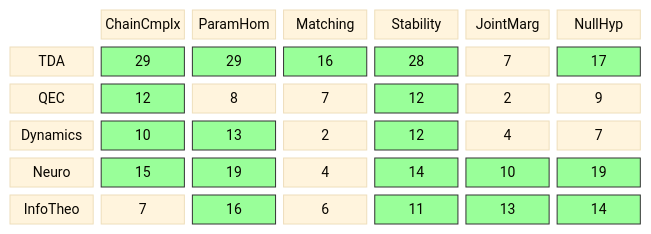
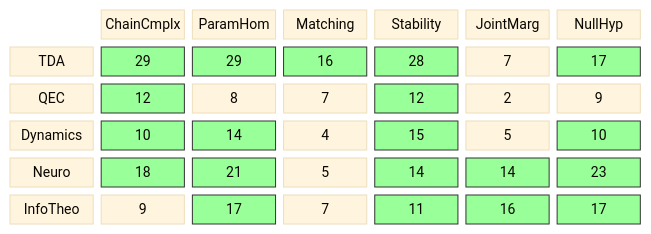
The diagram in diagrams/coverage-matrix.md (musicofhel/topoyolo), drawn with Mermaid before and after one commit. The commit also changed other lines of this file and 3 other files, not shown here.

````diff
--- a/diagrams/coverage-matrix.md
+++ b/diagrams/coverage-matrix.md
@@ -21,32 +21,33 @@
 ```mermaid
 %%{init: {'theme': 'base', 'themeVariables': {'fontSize': '14px'}}}%%
 block-beta
   columns 7
 
   space:1 CC["ChainCmplx"] PH["ParamHom"] MA["Matching"] ST["Stability"] JM["JointMarg"] NH["NullHyp"]
 
   TDA["TDA"] TDA_CC["29"] TDA_PH["29"] TDA_MA["16"] TDA_ST["28"] TDA_JM["7"] TDA_NH["17"]
   QEC["QEC"] QEC_CC["12"] QEC_PH["8"] QEC_MA["7"] QEC_ST["12"] QEC_JM["2"] QEC_NH["9"]
-  DYN["Dynamics"] DYN_CC["10"] DYN_PH["13"] DYN_MA["2"] DYN_ST["12"] DYN_JM["4"] DYN_NH["7"]
-  NEU["Neuro"] NEU_CC["15"] NEU_PH["19"] NEU_MA["4"] NEU_ST["14"] NEU_JM["10"] NEU_NH["19"]
-  IT["InfoTheo"] IT_CC["7"] IT_PH["16"] IT_MA["6"] IT_ST["11"] IT_JM["13"] IT_NH["14"]
+  DYN["Dynamics"] DYN_CC["10"] DYN_PH["14"] DYN_MA["4"] DYN_ST["15"] DYN_JM["5"] DYN_NH["10"]
+  NEU["Neuro"] NEU_CC["18"] NEU_PH["21"] NEU_MA["5"] NEU_ST["14"] NEU_JM["14"] NEU_NH["23"]
+  IT["InfoTheo"] IT_CC["9"] IT_PH["17"] IT_MA["7"] IT_ST["11"] IT_JM["16"] IT_NH["17"]
   style TDA_CC fill:#9f9,stroke:#333
   style TDA_PH fill:#9f9,stroke:#333
   style TDA_MA fill:#9f9,stroke:#333
   style TDA_ST fill:#9f9,stroke:#333
   style TDA_NH fill:#9f9,stroke:#333
   style QEC_CC fill:#9f9,stroke:#333
   style QEC_ST fill:#9f9,stroke:#333
   style DYN_CC fill:#9f9,stroke:#333
   style DYN_PH fill:#9f9,stroke:#333
   style DYN_ST fill:#9f9,stroke:#333
+  style DYN_NH fill:#9f9,stroke:#333
   style NEU_CC fill:#9f9,stroke:#333
   style NEU_PH fill:#9f9,stroke:#333
   style NEU_ST fill:#9f9,stroke:#333
   style NEU_JM fill:#9f9,stroke:#333
   style NEU_NH fill:#9f9,stroke:#333
   style IT_PH fill:#9f9,stroke:#333
   style IT_ST fill:#9f9,stroke:#333
   style IT_JM fill:#9f9,stroke:#333
   style IT_NH fill:#9f9,stroke:#333
 ```
````
